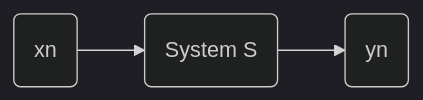
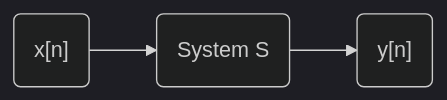
One commit to chchoiw/chchoiw.github.io changed the first of 5 diagrams in _posts/2020-04-27-signals_systems_1.md. Above: the diagram before and after it, drawn with Mermaid (dark theme). The commit also changed other lines of this file, not shown here.

````diff
--- a/_posts/2020-04-27-signals_systems_1.md
+++ b/_posts/2020-04-27-signals_systems_1.md
@@ -17,5 +17,5 @@
 ```mermaid
 graph LR
-A("xn")-->B("System S")
-B-->C("yn")
+A("x[n]")-->B("System S")
+B-->C("y[n]")
 ```
````
